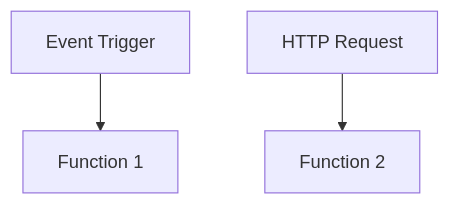
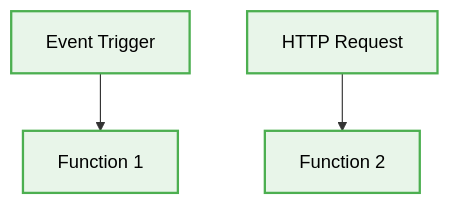
Before and after one commit to beginwebdev2002/best-practise: the eighth of 10 diagrams in architectures/readme.md, drawn with Mermaid. The commit also changed other lines of this file and 20 other files, not shown here.

First line of the commit message:
docs: update mermaid diagrams with UI/UX design tokens styling

````diff
--- a/architectures/readme.md
+++ b/architectures/readme.md
@@ -273,5 +348,15 @@
 ```mermaid
 graph TD
     Trigger[Event Trigger] --> Func1[Function 1]
     Trigger2[HTTP Request] --> Func2[Function 2]
+    %% Added Design Token Styles for Mermaid Diagrams
+    classDef default fill:#e1f5fe,stroke:#03a9f4,stroke-width:2px,color:#000;
+    classDef component fill:#e8f5e9,stroke:#4caf50,stroke-width:2px,color:#000;
+    classDef layout fill:#f3e5f5,stroke:#9c27b0,stroke-width:2px,color:#000;
+
+    class Func1 component;
+    class Trigger component;
+    class Func2 component;
+    class Trigger2 component;
+
 ```
````
